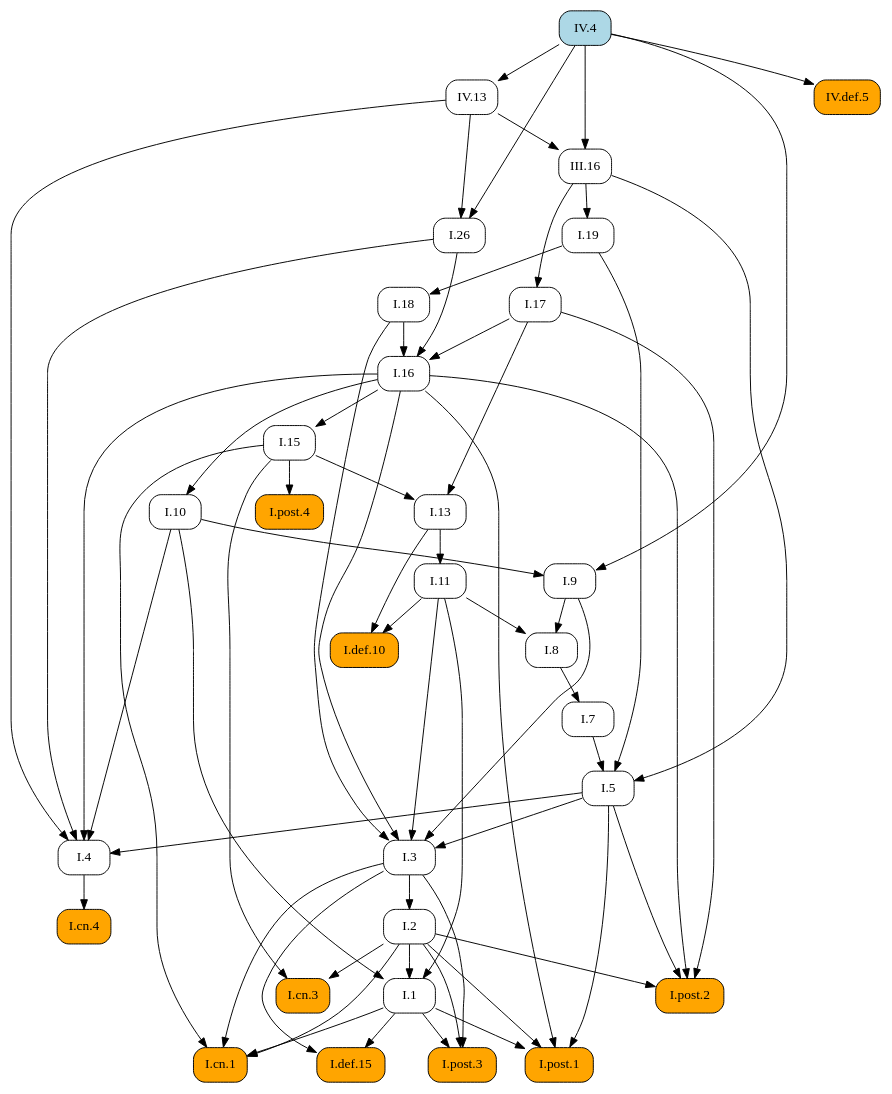
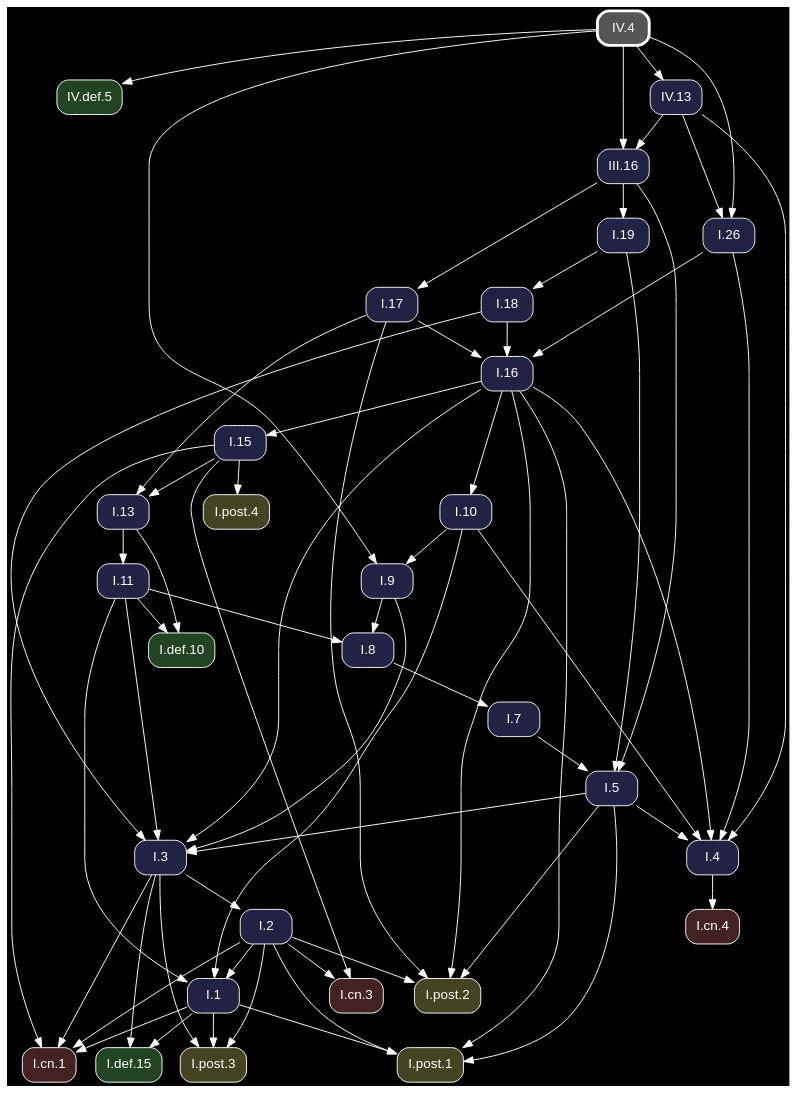
Before and after one commit to geometor/elements: the diagram in docsrc/heath/IV/4/index.rst, drawn with Graphviz. The commit also changed other lines of this file and 1200 other files, not shown here.

Commit message:
update dependency graphs

```diff
--- a/docsrc/heath/IV/4/index.rst
+++ b/docsrc/heath/IV/4/index.rst
@@ -81,98 +81,100 @@
 .. graphviz::
 
    digraph {
+     bgcolor="black";
+     node [shape=box, style="rounded,filled", fontname="Helvetica", color="white", fontcolor="white"];
+     edge [color="white", fontcolor="white"];
      rankdir="TB";
-     node [shape=box, style=rounded];
-     "I.9" [URL="/heath/I/9/", target="_top"];
-     "I.cn.1" [style="rounded,filled", fillcolor=orange, URL="/heath/I/cn.1/", target="_top"];
-     "I.7" [URL="/heath/I/7/", target="_top"];
-     "I.2" [URL="/heath/I/2/", target="_top"];
-     "I.def.15" [style="rounded,filled", fillcolor=orange, URL="/heath/I/def.15/", target="_top"];
-     "I.13" [URL="/heath/I/13/", target="_top"];
-     "I.post.4" [style="rounded,filled", fillcolor=orange, URL="/heath/I/post.4/", target="_top"];
-     "I.4" [URL="/heath/I/4/", target="_top"];
-     "I.1" [URL="/heath/I/1/", target="_top"];
-     "I.post.3" [style="rounded,filled", fillcolor=orange, URL="/heath/I/post.3/", target="_top"];
-     "I.post.1" [style="rounded,filled", fillcolor=orange, URL="/heath/I/post.1/", target="_top"];
-     "I.5" [URL="/heath/I/5/", target="_top"];
-     "I.19" [URL="/heath/I/19/", target="_top"];
-     "I.17" [URL="/heath/I/17/", target="_top"];
-     "I.8" [URL="/heath/I/8/", target="_top"];
-     "I.cn.3" [style="rounded,filled", fillcolor=orange, URL="/heath/I/cn.3/", target="_top"];
-     "III.16" [URL="/heath/III/16/", target="_top"];
-     "I.16" [URL="/heath/I/16/", target="_top"];
-     "I.def.10" [style="rounded,filled", fillcolor=orange, URL="/heath/I/def.10/", target="_top"];
-     "I.18" [URL="/heath/I/18/", target="_top"];
-     "I.15" [URL="/heath/I/15/", target="_top"];
-     "IV.def.5" [style="rounded,filled", fillcolor=orange, URL="/heath/IV/def.5/", target="_top"];
-     "I.10" [URL="/heath/I/10/", target="_top"];
-     "I.11" [URL="/heath/I/11/", target="_top"];
-     "I.cn.4" [style="rounded,filled", fillcolor=orange, URL="/heath/I/cn.4/", target="_top"];
-     "I.post.2" [style="rounded,filled", fillcolor=orange, URL="/heath/I/post.2/", target="_top"];
-     "IV.4" [style="rounded,filled", fillcolor=lightblue, URL="/heath/IV/4/", target="_top"];
-     "I.26" [URL="/heath/I/26/", target="_top"];
-     "IV.13" [URL="/heath/IV/13/", target="_top"];
-     "I.3" [URL="/heath/I/3/", target="_top"];
-     "I.10" -> "I.9";
-     "IV.4" -> "I.9";
+     "IV.def.5" [fillcolor="#224422", URL="/heath/IV/def.5/", target="_top"];
+     "I.3" [fillcolor="#222244", URL="/heath/I/3/", target="_top"];
+     "I.post.1" [fillcolor="#444422", URL="/heath/I/post.1/", target="_top"];
+     "I.cn.1" [fillcolor="#442222", URL="/heath/I/cn.1/", target="_top"];
+     "I.19" [fillcolor="#222244", URL="/heath/I/19/", target="_top"];
+     "I.def.10" [fillcolor="#224422", URL="/heath/I/def.10/", target="_top"];
+     "I.15" [fillcolor="#222244", URL="/heath/I/15/", target="_top"];
+     "IV.4" [penwidth=3, color="white", fillcolor="#555555", URL="/heath/IV/4/", target="_top"];
+     "I.11" [fillcolor="#222244", URL="/heath/I/11/", target="_top"];
+     "I.16" [fillcolor="#222244", URL="/heath/I/16/", target="_top"];
+     "I.cn.3" [fillcolor="#442222", URL="/heath/I/cn.3/", target="_top"];
+     "I.13" [fillcolor="#222244", URL="/heath/I/13/", target="_top"];
+     "IV.13" [fillcolor="#222244", URL="/heath/IV/13/", target="_top"];
+     "I.2" [fillcolor="#222244", URL="/heath/I/2/", target="_top"];
+     "I.post.2" [fillcolor="#444422", URL="/heath/I/post.2/", target="_top"];
+     "I.cn.4" [fillcolor="#442222", URL="/heath/I/cn.4/", target="_top"];
+     "I.9" [fillcolor="#222244", URL="/heath/I/9/", target="_top"];
+     "I.1" [fillcolor="#222244", URL="/heath/I/1/", target="_top"];
+     "III.16" [fillcolor="#222244", URL="/heath/III/16/", target="_top"];
+     "I.post.4" [fillcolor="#444422", URL="/heath/I/post.4/", target="_top"];
+     "I.26" [fillcolor="#222244", URL="/heath/I/26/", target="_top"];
+     "I.8" [fillcolor="#222244", URL="/heath/I/8/", target="_top"];
+     "I.4" [fillcolor="#222244", URL="/heath/I/4/", target="_top"];
+     "I.post.3" [fillcolor="#444422", URL="/heath/I/post.3/", target="_top"];
+     "I.18" [fillcolor="#222244", URL="/heath/I/18/", target="_top"];
+     "I.7" [fillcolor="#222244", URL="/heath/I/7/", target="_top"];
+     "I.def.15" [fillcolor="#224422", URL="/heath/I/def.15/", target="_top"];
+     "I.5" [fillcolor="#222244", URL="/heath/I/5/", target="_top"];
+     "I.17" [fillcolor="#222244", URL="/heath/I/17/", target="_top"];
+     "I.10" [fillcolor="#222244", URL="/heath/I/10/", target="_top"];
+     "IV.4" -> "IV.def.5";
+     "I.5" -> "I.3";
+     "I.9" -> "I.3";
+     "I.11" -> "I.3";
+     "I.16" -> "I.3";
+     "I.18" -> "I.3";
+     "I.1" -> "I.post.1";
+     "I.2" -> "I.post.1";
+     "I.5" -> "I.post.1";
+     "I.16" -> "I.post.1";
      "I.1" -> "I.cn.1";
      "I.2" -> "I.cn.1";
      "I.3" -> "I.cn.1";
      "I.15" -> "I.cn.1";
-     "I.8" -> "I.7";
-     "I.3" -> "I.2";
-     "I.1" -> "I.def.15";
-     "I.3" -> "I.def.15";
+     "III.16" -> "I.19";
+     "I.11" -> "I.def.10";
+     "I.13" -> "I.def.10";
+     "I.16" -> "I.15";
+     "I.13" -> "I.11";
+     "I.17" -> "I.16";
+     "I.18" -> "I.16";
+     "I.26" -> "I.16";
+     "I.2" -> "I.cn.3";
+     "I.15" -> "I.cn.3";
      "I.15" -> "I.13";
      "I.17" -> "I.13";
+     "IV.4" -> "IV.13";
+     "I.3" -> "I.2";
+     "I.2" -> "I.post.2";
+     "I.5" -> "I.post.2";
+     "I.16" -> "I.post.2";
+     "I.17" -> "I.post.2";
+     "I.4" -> "I.cn.4";
+     "I.10" -> "I.9";
+     "IV.4" -> "I.9";
+     "I.2" -> "I.1";
+     "I.10" -> "I.1";
+     "I.11" -> "I.1";
+     "IV.4" -> "III.16";
+     "IV.13" -> "III.16";
      "I.15" -> "I.post.4";
+     "IV.4" -> "I.26";
+     "IV.13" -> "I.26";
+     "I.9" -> "I.8";
+     "I.11" -> "I.8";
      "I.5" -> "I.4";
      "I.10" -> "I.4";
      "I.16" -> "I.4";
      "I.26" -> "I.4";
      "IV.13" -> "I.4";
-     "I.2" -> "I.1";
-     "I.10" -> "I.1";
-     "I.11" -> "I.1";
      "I.1" -> "I.post.3";
      "I.2" -> "I.post.3";
      "I.3" -> "I.post.3";
-     "I.1" -> "I.post.1";
-     "I.2" -> "I.post.1";
-     "I.5" -> "I.post.1";
-     "I.16" -> "I.post.1";
+     "I.19" -> "I.18";
+     "I.8" -> "I.7";
+     "I.1" -> "I.def.15";
+     "I.3" -> "I.def.15";
      "I.7" -> "I.5";
      "I.19" -> "I.5";
      "III.16" -> "I.5";
-     "III.16" -> "I.19";
      "III.16" -> "I.17";
-     "I.9" -> "I.8";
-     "I.11" -> "I.8";
-     "I.2" -> "I.cn.3";
-     "I.15" -> "I.cn.3";
-     "IV.4" -> "III.16";
-     "IV.13" -> "III.16";
-     "I.17" -> "I.16";
-     "I.18" -> "I.16";
-     "I.26" -> "I.16";
-     "I.11" -> "I.def.10";
-     "I.13" -> "I.def.10";
-     "I.19" -> "I.18";
-     "I.16" -> "I.15";
-     "IV.4" -> "IV.def.5";
      "I.16" -> "I.10";
-     "I.13" -> "I.11";
-     "I.4" -> "I.cn.4";
-     "I.2" -> "I.post.2";
-     "I.5" -> "I.post.2";
-     "I.16" -> "I.post.2";
-     "I.17" -> "I.post.2";
-     "IV.4" -> "I.26";
-     "IV.13" -> "I.26";
-     "IV.4" -> "IV.13";
-     "I.5" -> "I.3";
-     "I.9" -> "I.3";
-     "I.11" -> "I.3";
-     "I.16" -> "I.3";
-     "I.18" -> "I.3";
    }
```
